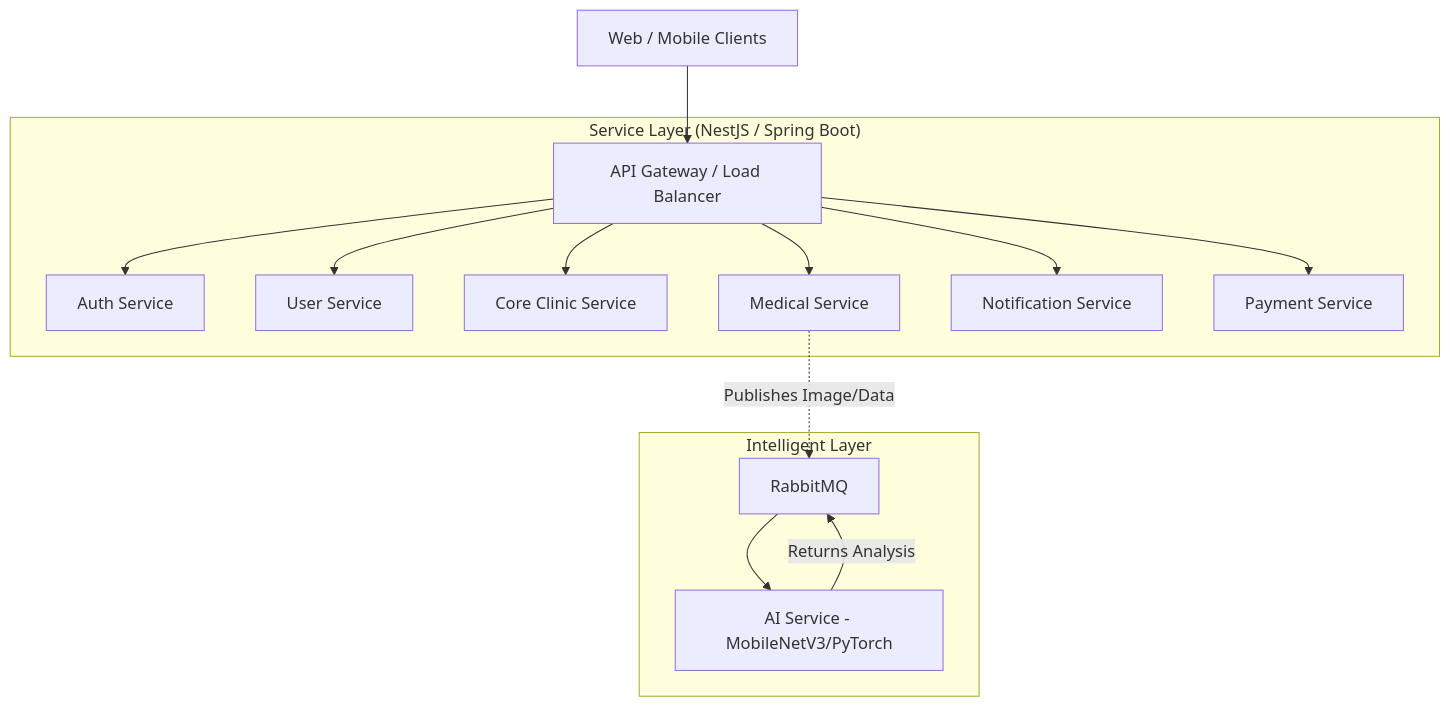
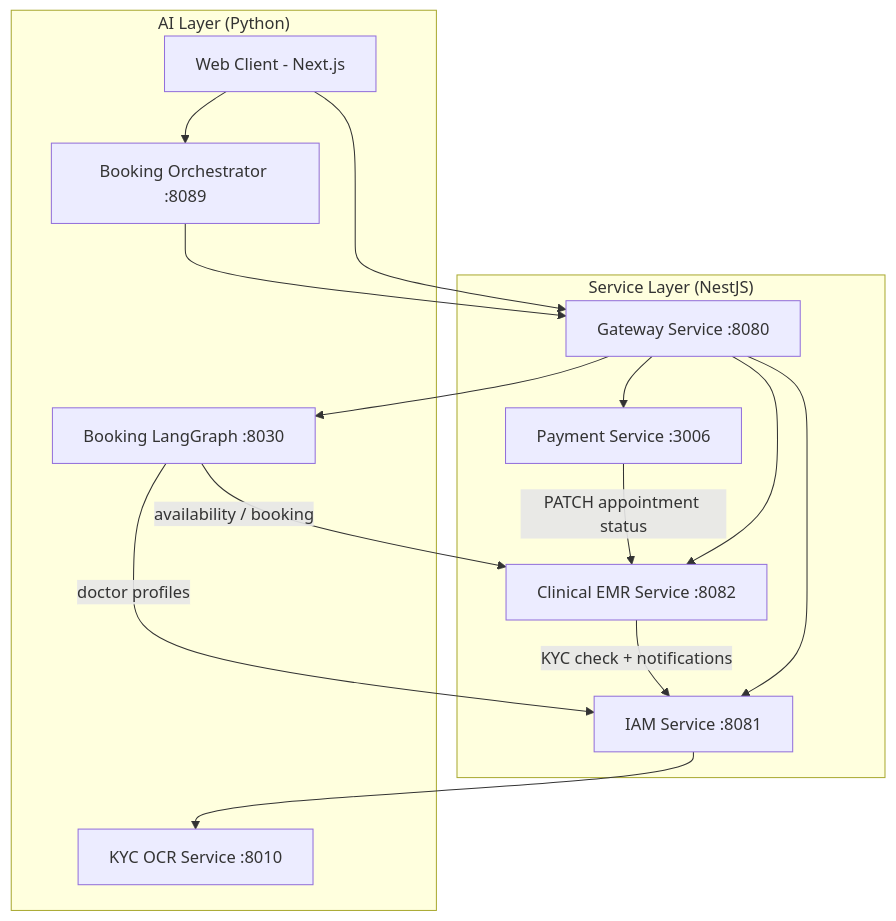
Before and after one commit to LTPPPP/Smart-Medical-Intelligent-Ledger-for-E-health-S.M.I.L.E-: the diagram in docs/ARCHITECTURE.md, drawn with Mermaid. The commit also changed other lines of this file and 2 other files, not shown here.

First line of the commit message:
docs: align architecture docs and env template with implementation

````diff
--- a/docs/ARCHITECTURE.md
+++ b/docs/ARCHITECTURE.md
@@ -11,19 +14,22 @@
 ```mermaid
 graph TB
-    Client[Web / Mobile Clients] --> Gateway[API Gateway / Load Balancer]
-    
-    subgraph "Service Layer (NestJS / Spring Boot)"
-        Gateway --> Auth[Auth Service]
-        Gateway --> User[User Service]
-        Gateway --> Clinic[Core Clinic Service]
-        Gateway --> Appt[Medical Service]
-        Gateway --> Notif[Notification Service]
-        Gateway --> Pay[Payment Service]
+    Client[Web Client - Next.js] --> Gateway[Gateway Service :8080]
+
+    subgraph "Service Layer (NestJS)"
+        Gateway --> IAM[IAM Service :8081]
+        Gateway --> EMR[Clinical EMR Service :8082]
+        Gateway --> Pay[Payment Service :3006]
     end
-    
-    subgraph "Intelligent Layer"
-        Appt -.->|Publishes Image/Data| MQ[RabbitMQ]
-        MQ --> AI_Net[AI Service - MobileNetV3/PyTorch]
-        AI_Net -->|Returns Analysis| MQ
+
+    subgraph "AI Layer (Python)"
+        Gateway --> LG[Booking LangGraph :8030]
+        Client --> Orch[Booking Orchestrator :8089]
+        Orch --> Gateway
+        IAM --> OCR[KYC OCR Service :8010]
     end
+
+    EMR -->|KYC check + notifications| IAM
+    Pay -->|PATCH appointment status| EMR
+    LG -->|availability / booking| EMR
+    LG -->|doctor profiles| IAM
 ```
````
